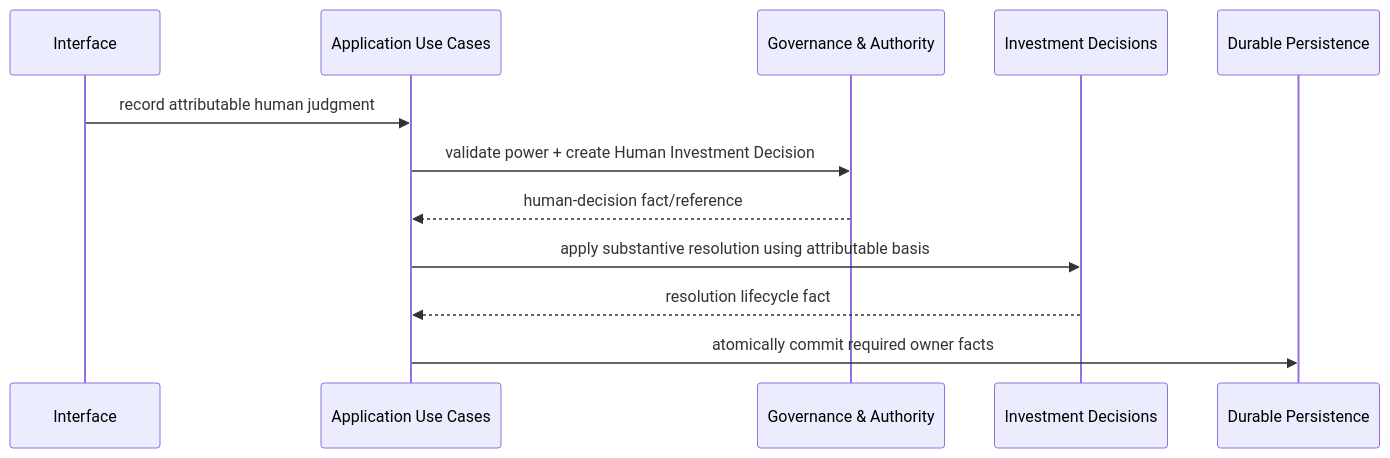
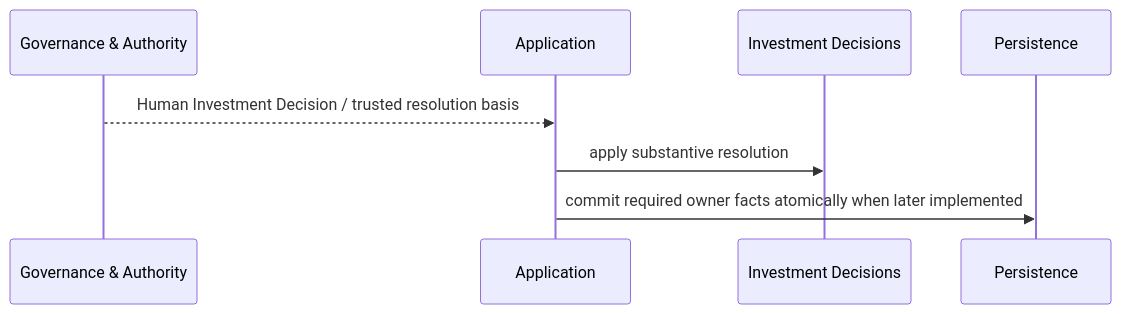
The sixth of 8 diagrams in docs/proposed/platform-domain-interaction-map.md (sponge-b0b/Polaris), drawn with Mermaid before and after one commit. The commit also changed other lines of this file and 13 other files, not shown here.

````diff
--- a/docs/proposed/platform-domain-interaction-map.md
+++ b/docs/proposed/platform-domain-interaction-map.md
@@ -392,15 +401,11 @@
 ```mermaid
 sequenceDiagram
-    participant UI as Interface
-    participant App as Application Use Cases
     participant G as Governance & Authority
+    participant App as Application
     participant D as Investment Decisions
-    participant P as Durable Persistence
+    participant P as Persistence
 
-    UI->>App: record attributable human judgment
-    App->>G: validate power + create Human Investment Decision
-    G-->>App: human-decision fact/reference
-    App->>D: apply substantive resolution using attributable basis
-    D-->>App: resolution lifecycle fact
-    App->>P: atomically commit required owner facts
+    G-->>App: Human Investment Decision / trusted resolution basis
+    App->>D: apply substantive resolution
+    App->>P: commit required owner facts atomically when later implemented
 ```
````
